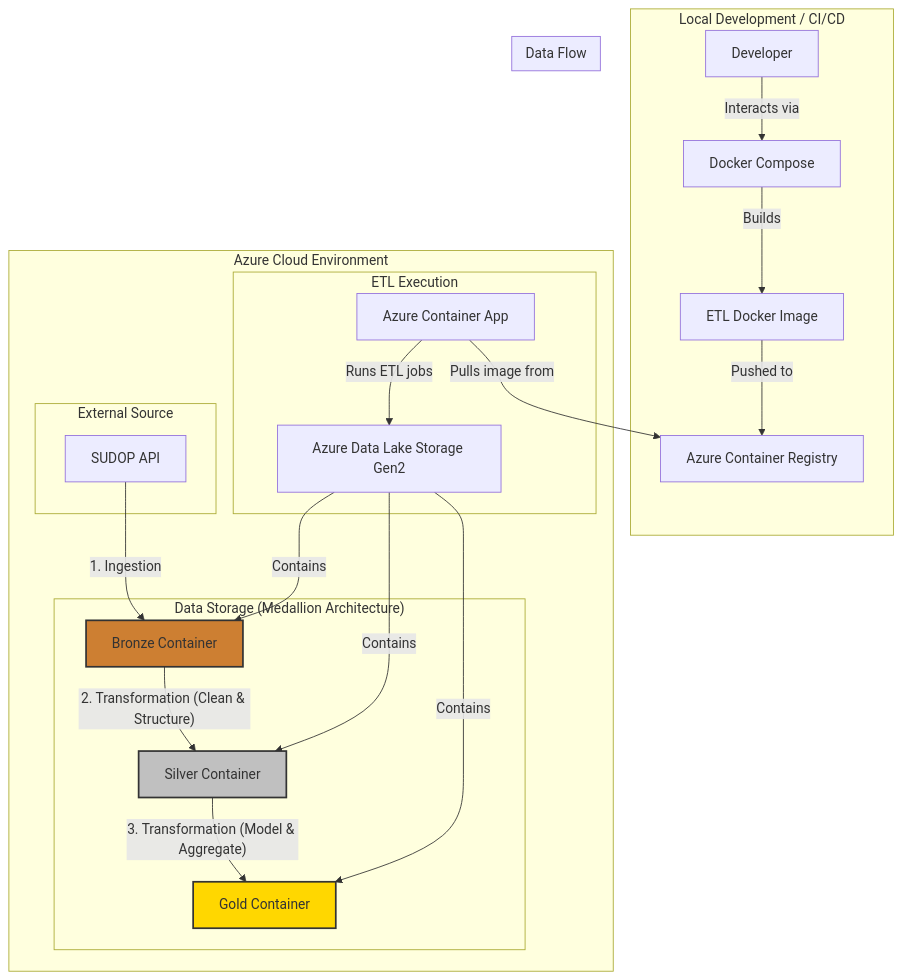
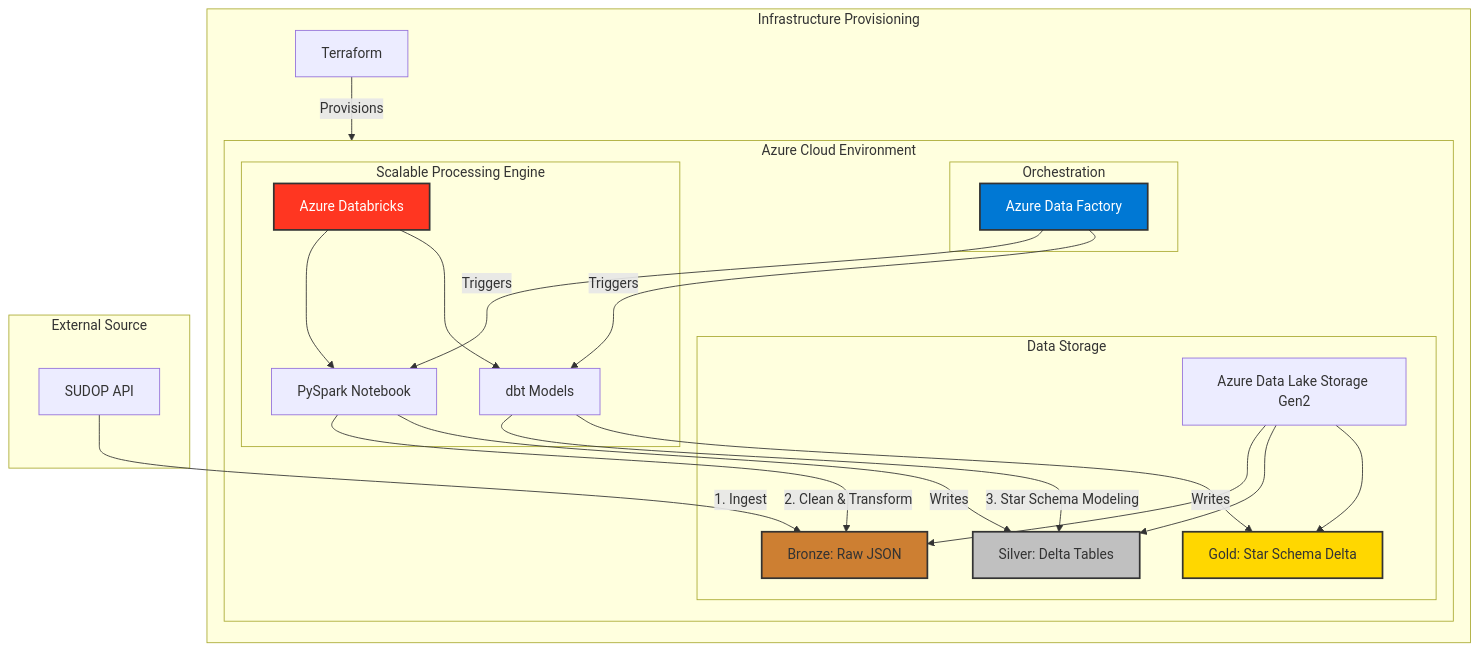
Before and after one commit to cdfre0/etl_project: the diagram in documentation/ARCHITECTURE.md, drawn with Mermaid. The commit also changed other lines of this file and 13 other files, not shown here.

Commit message:
Adds Databricks and dbt code

````diff
--- a/documentation/ARCHITECTURE.md
+++ b/documentation/ARCHITECTURE.md
@@ -9,36 +9,46 @@
 ```mermaid
 graph TD
-    subgraph "Local Development / CI/CD"
-        A[Developer] -- Interacts via --> C[Docker Compose];
-        C -- Builds --> I[ETL Docker Image];
-        I -- Pushed to --> ACR[Azure Container Registry];
+    subgraph "Infrastructure Provisioning"
+        TF[Terraform] -- Provisions --> AzureResources;
     end
 
-    subgraph "Azure Cloud Environment"
-        subgraph "ETL Execution"
-            ACA[Azure Container App] -- Pulls image from --> ACR;
-            ACA -- Runs ETL jobs --> DLake;
+    subgraph "AzureResources" [Azure Cloud Environment]
+        subgraph "Orchestration"
+            ADF[Azure Data Factory]
         end
 
-        subgraph "Data Storage (Medallion Architecture)"
+        subgraph "Data Storage"
             DLake[Azure Data Lake Storage Gen2];
-            DLake -- Contains --> B[Bronze Container];
-            DLake -- Contains --> S[Silver Container];
-            DLake -- Contains --> G[Gold Container];
+            B[Bronze: Raw JSON]
+            S[Silver: Delta Tables]
+            G[Gold: Star Schema Delta]
+            DLake --> B & S & G
         end
 
-        subgraph "External Source"
-            API[SUDOP API];
+        subgraph "Scalable Processing Engine"
+            ADB[Azure Databricks]
+            PYSPARK[PySpark Notebook]
+            DBT[dbt Models]
+            ADB --> PYSPARK
+            ADB --> DBT
         end
     end
 
-    subgraph "Data Flow"
-        API -- 1. Ingestion --> B;
-        B -- "2. Transformation (Clean & Structure)" --> S;
-        S -- "3. Transformation (Model & Aggregate)" --> G;
+    subgraph "External Source"
+        API[SUDOP API]
     end
-    
+
+    API -- "1. Ingest" --> B
+    ADF -- "Triggers" --> PYSPARK
+    PYSPARK -- "2. Clean & Transform" --> B
+    PYSPARK -- "Writes" --> S
+    ADF -- "Triggers" --> DBT
+    DBT -- "3. Star Schema Modeling" --> S
+    DBT -- "Writes" --> G
+
     style B fill:#CD7F32,stroke:#333,stroke-width:2px
     style S fill:#C0C0C0,stroke:#333,stroke-width:2px
     style G fill:#FFD700,stroke:#333,stroke-width:2px
+    style ADF fill:#0078D4,stroke:#333,stroke-width:2px,color:#fff
+    style ADB fill:#FF3621,stroke:#333,stroke-width:2px,color:#fff
 ```
````
